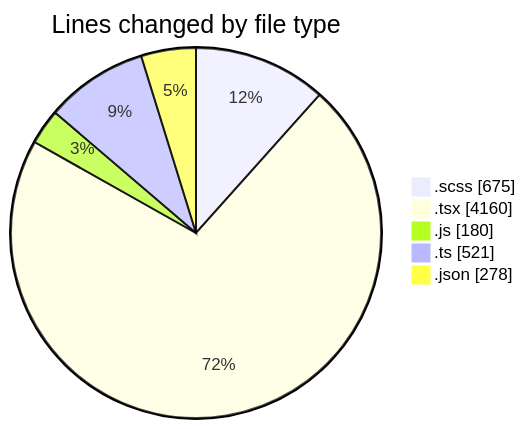
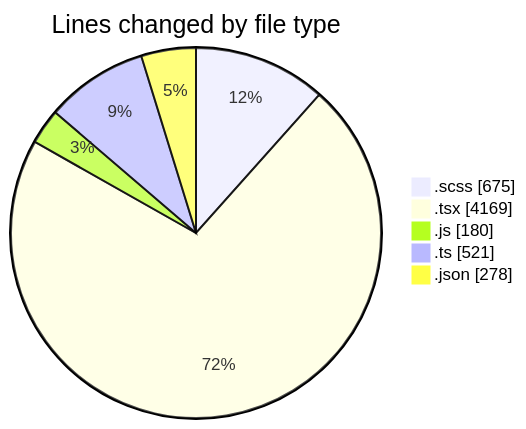
Before and after one commit to momahboobian/code-tracking: the first of 2 diagrams in 2026-08-10/cda/README.md, drawn with Mermaid. The commit also changed other lines of this file and 1 other file, not shown here.

````diff
--- a/2026-08-10/cda/README.md
+++ b/2026-08-10/cda/README.md
@@ -32,9 +32,9 @@
 ```mermaid
 pie showData
 title Lines changed by file type
 ".scss" : 675
-".tsx" : 4160
+".tsx" : 4169
 ".js" : 180
 ".ts" : 521
 ".json" : 278
 ```
````
